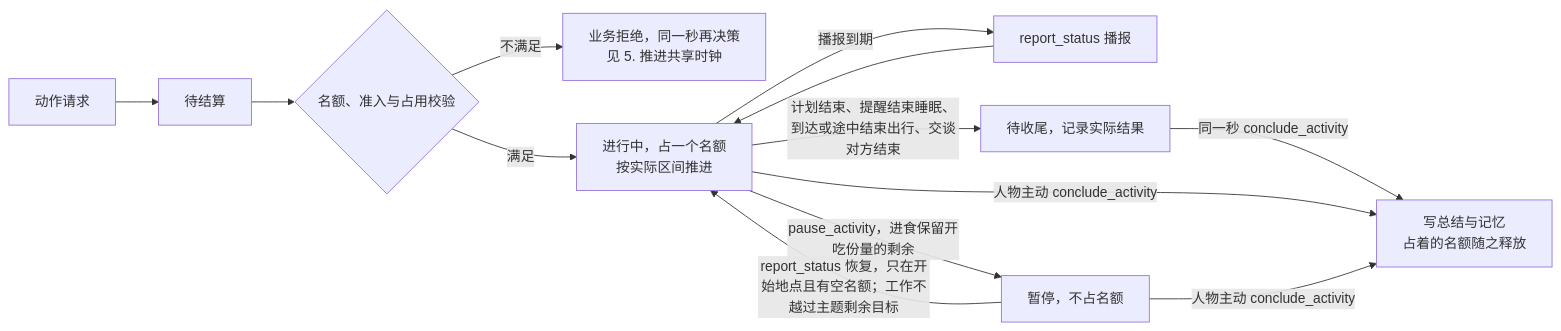
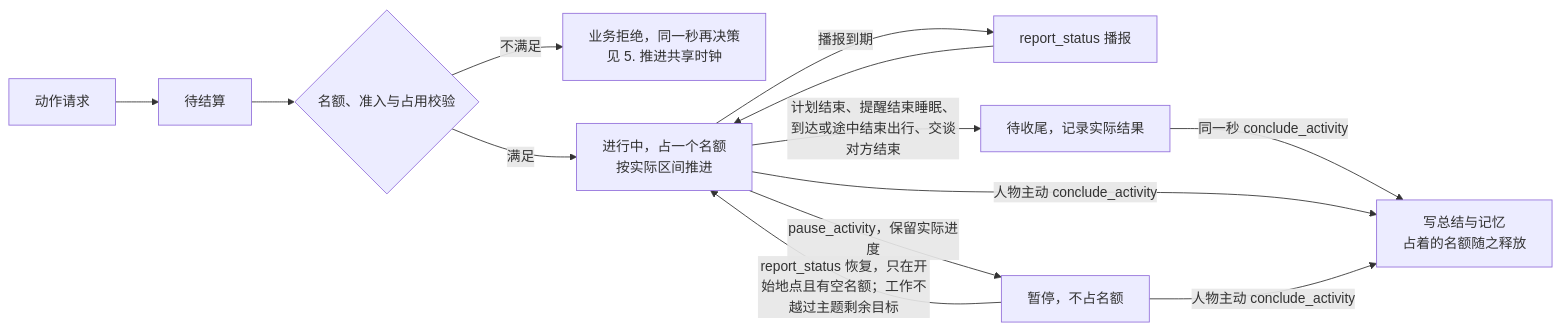
One commit to HoldThatThgt/WorldMock changed the sixth of 11 diagrams in docs/design/04-simulation-engine.md. Above: the diagram before and after it, drawn with Mermaid. The commit also changed other lines of this file and 118 other files, not shown here.

````diff
--- a/docs/design/04-simulation-engine.md
+++ b/docs/design/04-simulation-engine.md
@@ -632,15 +632,15 @@
 ```mermaid
 flowchart LR
     R[动作请求] --> Q[待结算]
     Q --> V{名额、准入与占用校验}
     V -->|不满足| J[业务拒绝，同一秒再决策<br/>见 5. 推进共享时钟]
     V -->|满足| A[进行中，占一个名额<br/>按实际区间推进]
     A -->|播报到期| B[report_status 播报]
     B --> A
-    A -->|pause_activity，进食保留开吃份量的剩余| PZ[暂停，不占名额]
+    A -->|pause_activity，保留实际进度| PZ[暂停，不占名额]
     PZ -->|report_status 恢复，只在开始地点且有空名额；工作不越过主题剩余目标| A
     A -->|计划结束、提醒结束睡眠、到达或途中结束出行、交谈对方结束| E[待收尾，记录实际结果]
     E -->|同一秒 conclude_activity| C[写总结与记忆<br/>占着的名额随之释放]
     A -->|人物主动 conclude_activity| C
     PZ -->|人物主动 conclude_activity| C
 ```
````
